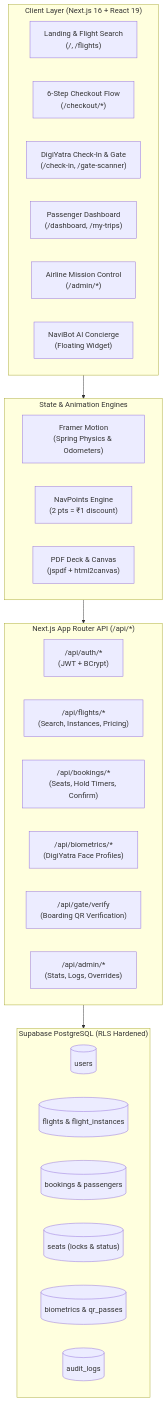
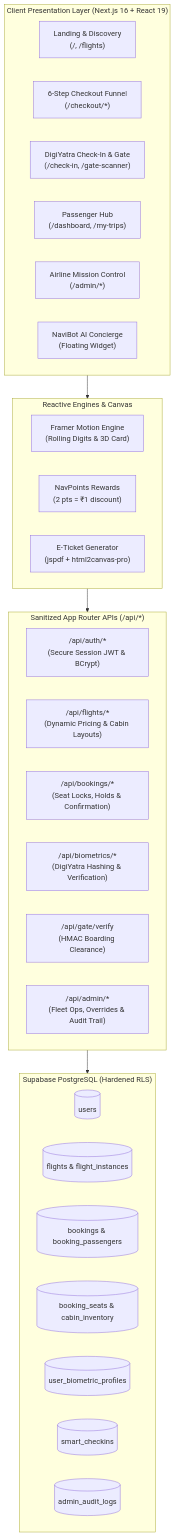
One commit to Dhruv-vm/Navigo-airline_Platform changed the second of 2 diagrams in README.md. Above: the diagram before and after it, drawn with Mermaid. The commit also changed other lines of this file and 7 other files, not shown here.

Commit message:
docs: integrate brand logo, high-res UI output showcase, professional workflow diagrams, and updated repository URLs

````diff
--- a/README.md
+++ b/README.md
@@ -79,39 +159,40 @@
 ```mermaid
 flowchart TD
-    subgraph Client ["Client Layer (Next.js 16 + React 19)"]
-        Landing["Landing & Flight Search\n(/, /flights)"]
-        BookingFlow["6-Step Checkout Flow\n(/checkout/*)"]
+    subgraph Client ["Client Presentation Layer (Next.js 16 + React 19)"]
+        Landing["Landing & Discovery\n(/, /flights)"]
+        BookingFlow["6-Step Checkout Funnel\n(/checkout/*)"]
         SmartCheckIn["DigiYatra Check-In & Gate\n(/check-in, /gate-scanner)"]
-        Dashboard["Passenger Dashboard\n(/dashboard, /my-trips)"]
+        PassengerDashboard["Passenger Hub\n(/dashboard, /my-trips)"]
         AdminSuite["Airline Mission Control\n(/admin/*)"]
-        NaviBot["NaviBot AI Concierge\n(Floating Widget)"]
+        NaviBotWidget["NaviBot AI Concierge\n(Floating Widget)"]
     end
 
-    subgraph StateEngine ["State & Animation Engines"]
-        Framer["Framer Motion\n(Spring Physics & Odometers)"]
-        Loyalty["NavPoints Engine\n(2 pts = ₹1 discount)"]
-        PDF["PDF Deck & Canvas\n(jspdf + html2canvas)"]
+    subgraph StateEngines ["Reactive Engines & Canvas"]
+        FramerPhysics["Framer Motion Engine\n(Rolling Digits & 3D Card)"]
+        LoyaltyEngine["NavPoints Rewards\n(2 pts = ₹1 discount)"]
+        PDFEngine["E-Ticket Generator\n(jspdf + html2canvas-pro)"]
     end
 
-    subgraph Backend ["Next.js App Router API (/api/*)"]
-        AuthAPI["/api/auth/*\n(JWT + BCrypt)"]
-        FlightsAPI["/api/flights/*\n(Search, Instances, Pricing)"]
-        BookingsAPI["/api/bookings/*\n(Seats, Hold Timers, Confirm)"]
-        BiometricsAPI["/api/biometrics/*\n(DigiYatra Face Profiles)"]
-        GateAPI["/api/gate/verify\n(Boarding QR Verification)"]
-        AdminAPI["/api/admin/*\n(Stats, Logs, Overrides)"]
+    subgraph Backend ["Sanitized App Router APIs (/api/*)"]
+        AuthService["/api/auth/*\n(Secure Session JWT & BCrypt)"]
+        FlightService["/api/flights/*\n(Dynamic Pricing & Cabin Layouts)"]
+        BookingService["/api/bookings/*\n(Seat Locks, Holds & Confirmation)"]
+        BiometricService["/api/biometrics/*\n(DigiYatra Hashing & Verification)"]
+        GateService["/api/gate/verify\n(HMAC Boarding Clearance)"]
+        AdminService["/api/admin/*\n(Fleet Ops, Overrides & Audit Trail)"]
     end
 
-    subgraph Database ["Supabase PostgreSQL (RLS Hardened)"]
-        Users[("users")]
-        Flights[("flights & flight_instances")]
-        Bookings[("bookings & passengers")]
-        Seats[("seats (locks & status)")]
-        BiometricData[("biometrics & qr_passes")]
-        AuditLogs[("audit_logs")]
+    subgraph Database ["Supabase PostgreSQL (Hardened RLS)"]
+        UsersTable[("users")]
+        FlightsTable[("flights & flight_instances")]
+        BookingsTable[("bookings & booking_passengers")]
+        SeatsTable[("booking_seats & cabin_inventory")]
+        BiometricsTable[("user_biometric_profiles")]
+        CheckinsTable[("smart_checkins")]
+        AuditTable[("admin_audit_logs")]
     end
 
-    Client --> StateEngine
-    StateEngine --> Backend
+    Client --> StateEngines
+    StateEngines --> Backend
     Backend --> Database
 ```
````
